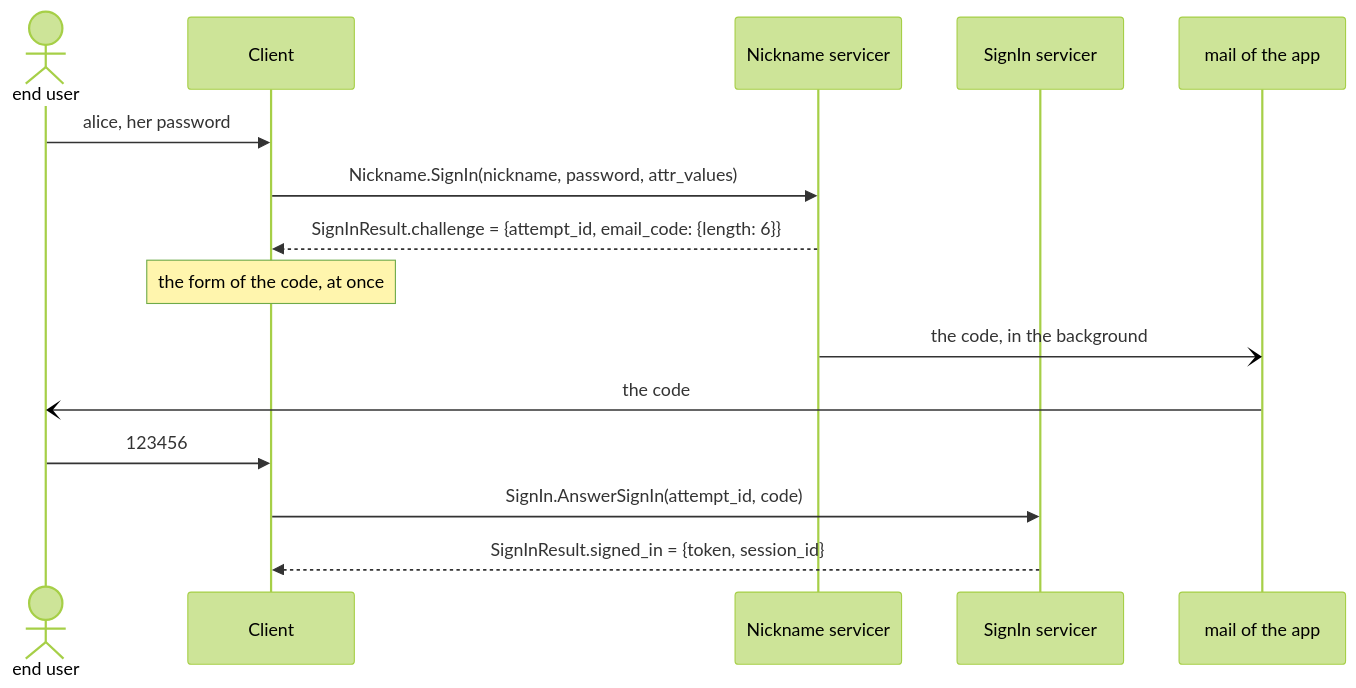
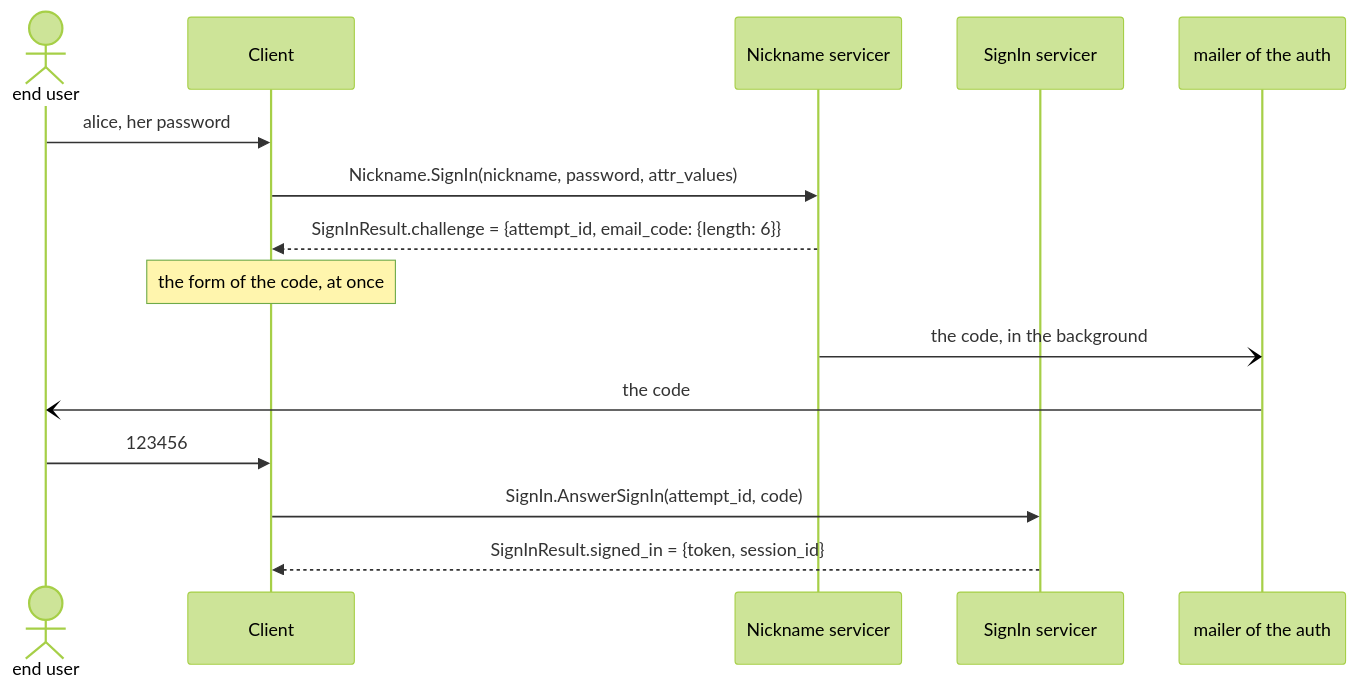
The diagram in docs/design/auth/methods/factors.md (ak-ingots/ingots-libs), drawn with Mermaid (forest theme) before and after one commit. The commit also changed other lines of this file and 3 other files, not shown here.

First line of the commit message:
Make the methods whole, the mail by a mailer of the auth (#35)

````diff
--- a/docs/design/auth/methods/factors.md
+++ b/docs/design/auth/methods/factors.md
@@ -32,17 +33,17 @@
 ```mermaid
 sequenceDiagram
     actor User as end user
     participant Client
     participant Method as Nickname servicer
     participant Flow as SignIn servicer
-    participant Mail as mail of the app
+    participant Mail as mailer of the auth
     User->>Client: alice, her password
     Client->>Method: Nickname.SignIn(nickname, password, attr_values)
     Method-->>Client: SignInResult.challenge = {attempt_id, email_code: {length: 6}}
     Note over Client: the form of the code, at once
     Method-)Mail: the code, in the background
     Mail-)User: the code
     User->>Client: 123456
     Client->>Flow: SignIn.AnswerSignIn(attempt_id, code)
     Flow-->>Client: SignInResult.signed_in = {token, session_id}
 ```
````
